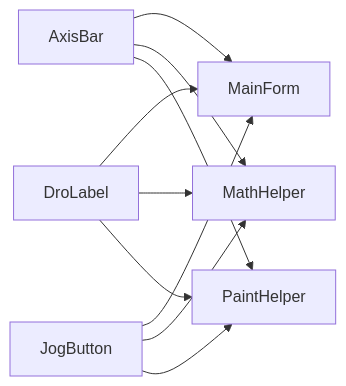
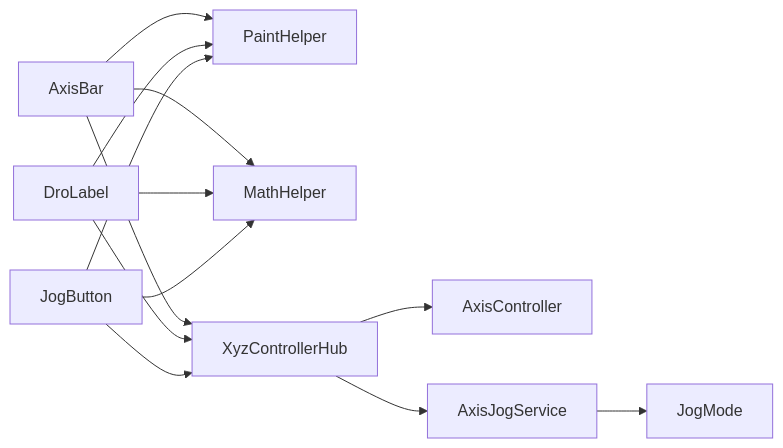
The sixth of 6 diagrams in .qoder/repowiki/zh/content/自定义控件库/基础控件.md (fuweiq94-cloud/3399180760), drawn with Mermaid before and after one commit. The commit also changed other lines of this file and 94 other files, not shown here.

First line of the commit message:
docs(api): 添加完整 XyzController API 接口文档

````diff
--- a/.qoder/repowiki/zh/content/自定义控件库/基础控件.md
+++ b/.qoder/repowiki/zh/content/自定义控件库/基础控件.md
@@ -270,12 +347,15 @@
 ```mermaid
 graph LR
-JB["JogButton"] --> MF["MainForm"]
-DL["DroLabel"] --> MF
-AB["AxisBar"] --> MF
+AB["AxisBar"] --> PH["PaintHelper"]
 AB --> MH["MathHelper"]
-AB --> PH["PaintHelper"]
+DL["DroLabel"] --> PH
 DL --> MH
-DL --> PH
+JB["JogButton"] --> PH
 JB --> MH
-JB --> PH
+AB --> HUB["XyzControllerHub"]
+DL --> HUB
+JB --> HUB
+HUB --> AC["AxisController"]
+HUB --> AJ["AxisJogService"]
+AJ --> JM["JogMode"]
 ```
````
